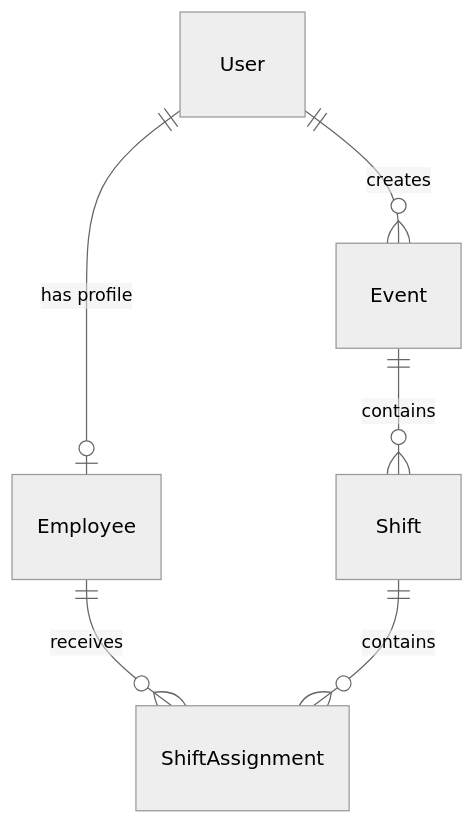
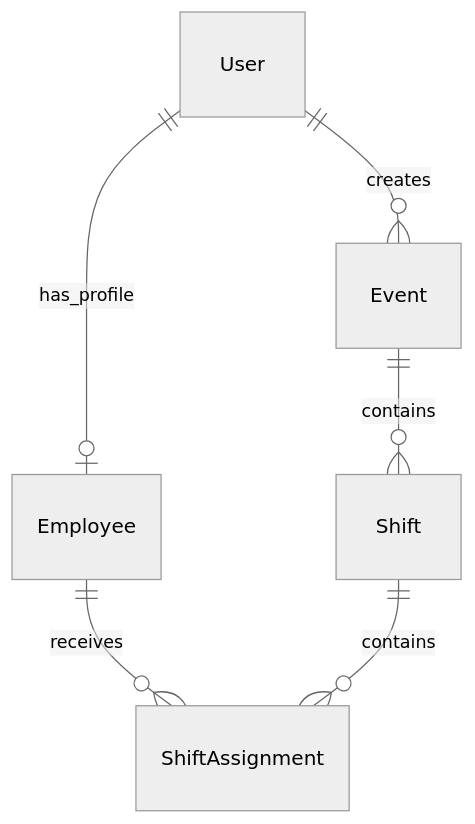
Before and after one commit to PethoTavares/ShiftFlow: the diagram in README.md, drawn with Mermaid (neutral theme). The commit also changed other lines of this file and 53 other files, not shown here.

````diff
--- a/README.md
+++ b/README.md
@@ -132,8 +162,8 @@
 ```mermaid
 erDiagram
-  User ||--o| Employee : "has profile"
-  User ||--o{ Event : "creates"
-  Event ||--o{ Shift : "contains"
-  Employee ||--o{ ShiftAssignment : "receives"
-  Shift ||--o{ ShiftAssignment : "contains"
+  User ||--o| Employee : has_profile
+  User ||--o{ Event : creates
+  Event ||--o{ Shift : contains
+  Employee ||--o{ ShiftAssignment : receives
+  Shift ||--o{ ShiftAssignment : contains
 ```
````
